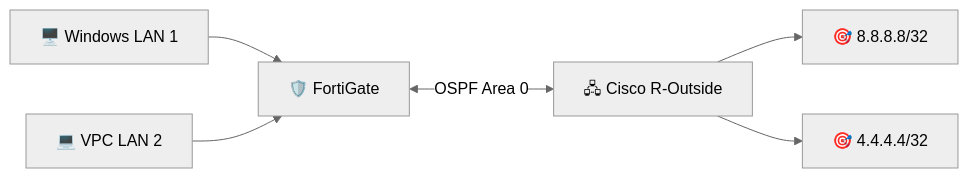
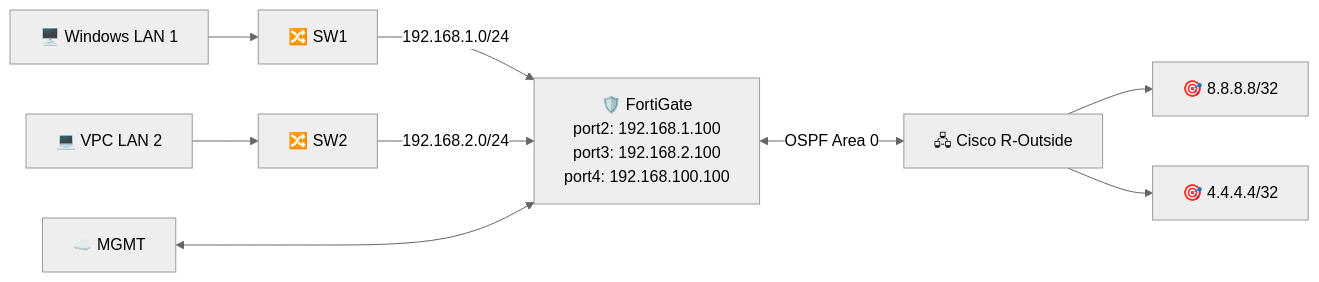
Before and after one commit to ethicasec/EthicaHomeLab: the diagram in FortiGate/Configuration/OSPF/FortiGate_OSPF_GitHub_Styled/README.md, drawn with Mermaid (neutral theme). The commit also changed other lines of this file and 2 other files, not shown here.

Commit message:
Fortigate OSPF Lab

````diff
--- a/FortiGate/Configuration/OSPF/FortiGate_OSPF_GitHub_Styled/README.md
+++ b/FortiGate/Configuration/OSPF/FortiGate_OSPF_GitHub_Styled/README.md
@@ -46,8 +46,12 @@
 ```mermaid
 flowchart LR
-    A[🖥️ Windows LAN 1] --> F[🛡️ FortiGate]
-    B[💻 VPC LAN 2] --> F
-    F <-->|OSPF Area 0| C[🖧 Cisco R-Outside]
+    A[🖥️ Windows LAN 1] --> SW1["🔀 SW1"] --> |"192.168.1.0/24"| F[🛡️ FortiGate]
+
+    B[💻 VPC LAN 2] --> SW2["🔀 SW2"] -->|"192.168.2.0/24"| F["🛡️ FortiGate <br>port2: 192.168.1.100<br/>port3: 192.168.2.100<br/>port4: 192.168.100.100"]
+    
+    MGMT["☁️ MGMT"] <---> F<-->|OSPF Area 0| C[🖧 Cisco R-Outside]
+    
     C --> D[🎯 8.8.8.8/32]
+    
     C --> E[🎯 4.4.4.4/32]
 ```
````
